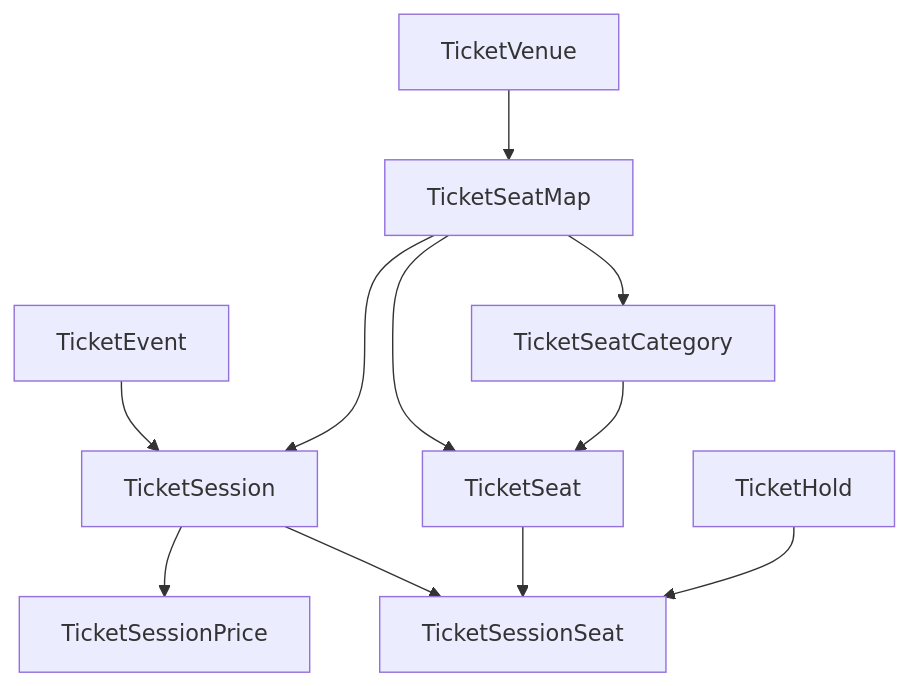
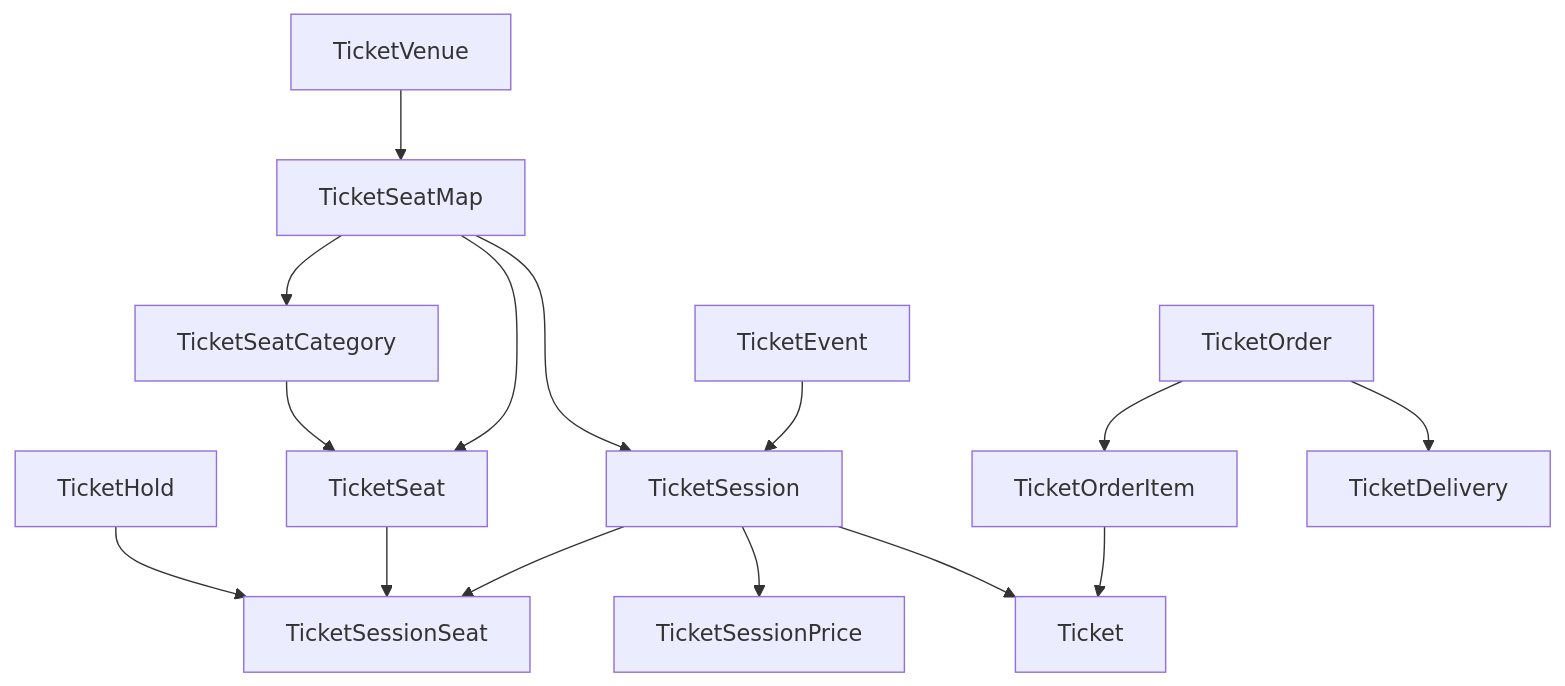
One commit to Myrhoiazov/ddc-nl-crm changed the diagram in docs/domain/ticketing.md. Above: the diagram before and after it, drawn with Mermaid. The commit also changed other lines of this file and 23 other files, not shown here.

````diff
--- a/docs/domain/ticketing.md
+++ b/docs/domain/ticketing.md
@@ -147,11 +176,14 @@
 ```mermaid
 graph TD
     TicketVenue --> TicketSeatMap --> TicketSeat
     TicketSeatMap --> TicketSeatCategory --> TicketSeat
     TicketEvent --> TicketSession
     TicketSeatMap --> TicketSession
     TicketSession --> TicketSessionPrice
     TicketSession --> TicketSessionSeat
     TicketSeat --> TicketSessionSeat
     TicketHold --> TicketSessionSeat
+    TicketOrder --> TicketOrderItem --> Ticket
+    TicketSession --> Ticket
+    TicketOrder --> TicketDelivery
 ```
````
